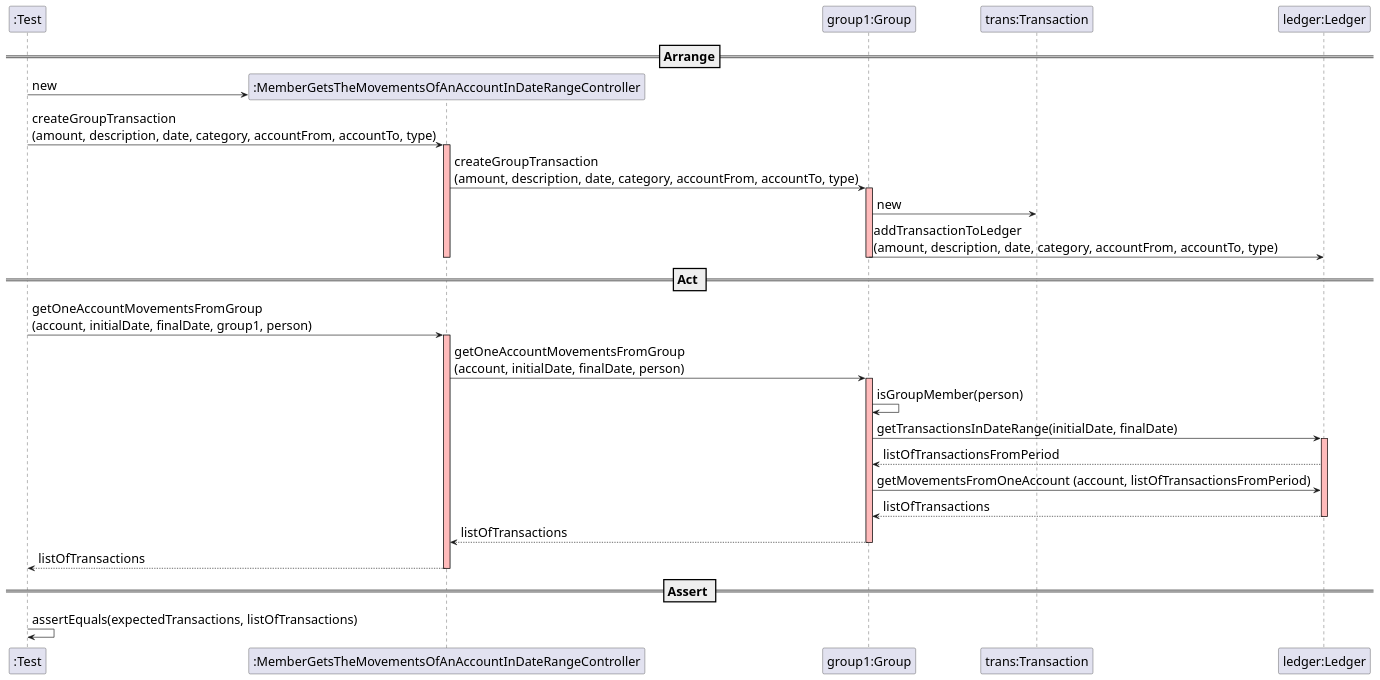
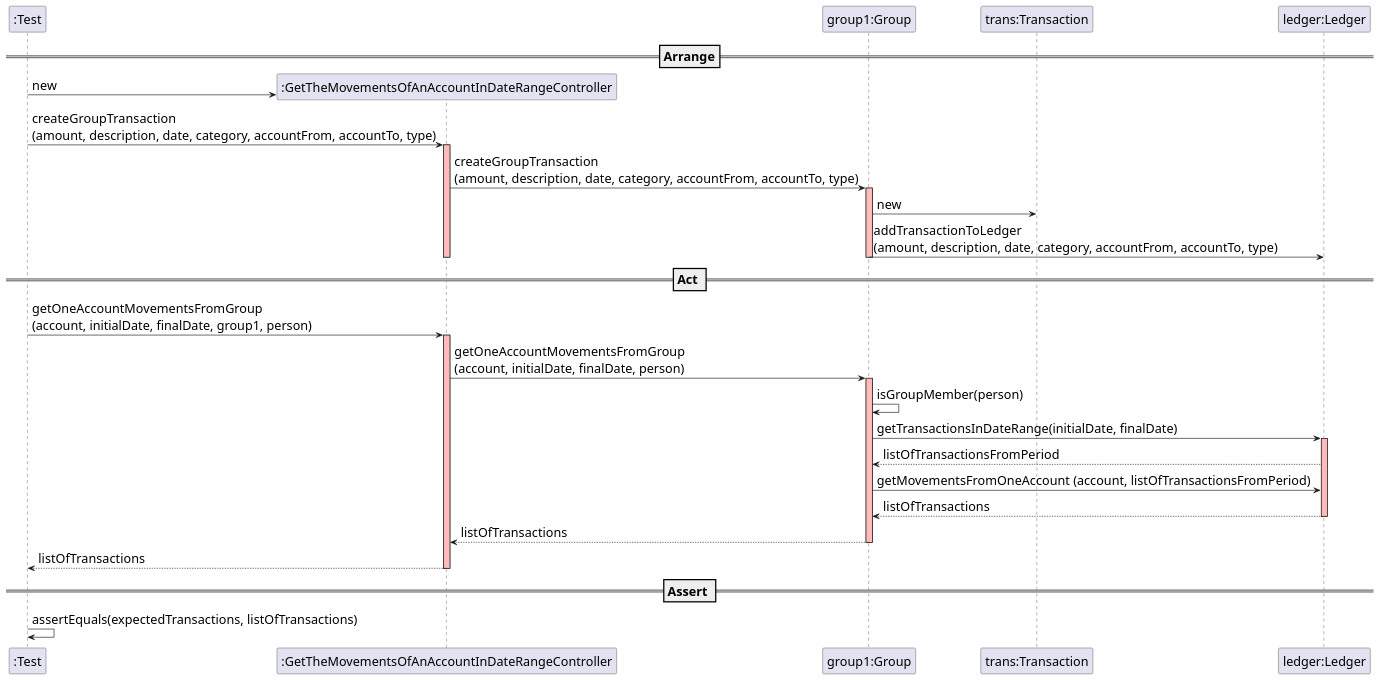
Before and after one commit to mleitaoribeiro/DevOpsMaven: the diagram in docs/SequenceDiagram - US010 .puml, drawn with PlantUML. The commit also changed 1 other file, not shown here.

```diff
--- a/docs/SequenceDiagram - US010 .puml
+++ b/docs/SequenceDiagram - US010 .puml
@@ -1,51 +1,51 @@
 @startuml
 
 skinparam DefaultFontSize 20
 
 create ":Test"
 
 ==Arrange==
 
-create ":MemberGetsTheMovementsOfAnAccountInDateRangeController"
-":Test" -> ":MemberGetsTheMovementsOfAnAccountInDateRangeController" : new
+create ":GetTheMovementsOfAnAccountInDateRangeController"
+":Test" -> ":GetTheMovementsOfAnAccountInDateRangeController" : new
 
 participant "group1:Group"
-":Test" -> ":MemberGetsTheMovementsOfAnAccountInDateRangeController" : createGroupTransaction\n(amount, description, date, category, accountFrom, accountTo, type)
-activate ":MemberGetsTheMovementsOfAnAccountInDateRangeController" #FFBBBB
-":MemberGetsTheMovementsOfAnAccountInDateRangeController" -> "group1:Group" : createGroupTransaction\n(amount, description, date, category, accountFrom, accountTo, type)
+":Test" -> ":GetTheMovementsOfAnAccountInDateRangeController" : createGroupTransaction\n(amount, description, date, category, accountFrom, accountTo, type)
+activate ":GetTheMovementsOfAnAccountInDateRangeController" #FFBBBB
+":GetTheMovementsOfAnAccountInDateRangeController" -> "group1:Group" : createGroupTransaction\n(amount, description, date, category, accountFrom, accountTo, type)
 activate "group1:Group" #FFBBBB
 
 participant "trans:Transaction"
 participant "ledger:Ledger"
 "group1:Group" -> "trans:Transaction" : new
 "group1:Group" -> "ledger:Ledger" : addTransactionToLedger\n(amount, description, date, category, accountFrom, accountTo, type)
 deactivate "group1:Group" #FFBBBB
-deactivate ":MemberGetsTheMovementsOfAnAccountInDateRangeController" #FFBBBB
+deactivate ":GetTheMovementsOfAnAccountInDateRangeController" #FFBBBB
 
 
 == Act ==
 
-":Test" -> ":MemberGetsTheMovementsOfAnAccountInDateRangeController" : getOneAccountMovementsFromGroup\n(account, initialDate, finalDate, group1, person)
-activate ":MemberGetsTheMovementsOfAnAccountInDateRangeController" #FFBBBB
-":MemberGetsTheMovementsOfAnAccountInDateRangeController" -> "group1:Group" : getOneAccountMovementsFromGroup\n(account, initialDate, finalDate, person)
+":Test" -> ":GetTheMovementsOfAnAccountInDateRangeController" : getOneAccountMovementsFromGroup\n(account, initialDate, finalDate, group1, person)
+activate ":GetTheMovementsOfAnAccountInDateRangeController" #FFBBBB
+":GetTheMovementsOfAnAccountInDateRangeController" -> "group1:Group" : getOneAccountMovementsFromGroup\n(account, initialDate, finalDate, person)
 activate "group1:Group" #FFBBBB
 
 "group1:Group" -> "group1:Group" : isGroupMember(person)
 
 "group1:Group" -> "ledger:Ledger" : getTransactionsInDateRange(initialDate, finalDate)
 activate "ledger:Ledger" #FFBBBB
 "ledger:Ledger" --> "group1:Group" : listOfTransactionsFromPeriod
 
 "group1:Group" -> "ledger:Ledger" : getMovementsFromOneAccount (account, listOfTransactionsFromPeriod)
 "ledger:Ledger" --> "group1:Group" : listOfTransactions
 deactivate "ledger:Ledger" #FFBBBB
-"group1:Group" --> ":MemberGetsTheMovementsOfAnAccountInDateRangeController" : listOfTransactions
+"group1:Group" --> ":GetTheMovementsOfAnAccountInDateRangeController" : listOfTransactions
 deactivate "group1:Group" #FFBBBB
-":MemberGetsTheMovementsOfAnAccountInDateRangeController" --> ":Test" : listOfTransactions
-deactivate ":MemberGetsTheMovementsOfAnAccountInDateRangeController" #FFBBBB
+":GetTheMovementsOfAnAccountInDateRangeController" --> ":Test" : listOfTransactions
+deactivate ":GetTheMovementsOfAnAccountInDateRangeController" #FFBBBB
 
 == Assert ==
 
 ":Test" -> ":Test" : assertEquals(expectedTransactions, listOfTransactions)
 
 @enduml
```
